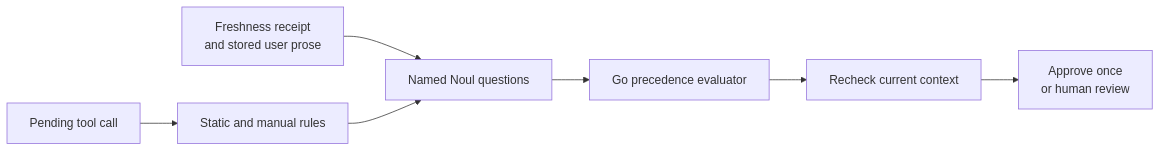
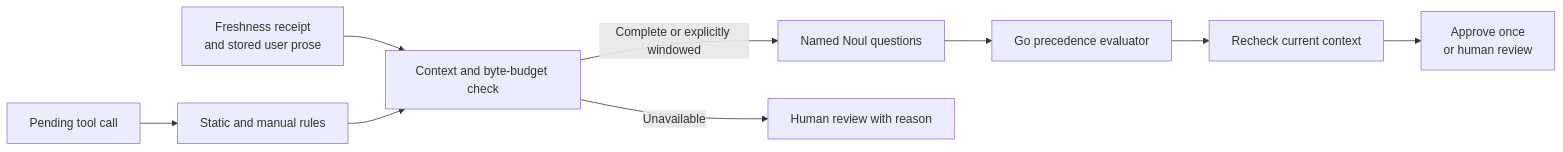
One commit to ocman/ocman changed the third of 19 diagrams in docs/other/architecture.md. Above: the diagram before and after it, drawn with Mermaid. The commit also changed other lines of this file and 19 other files, not shown here.

````diff
--- a/docs/other/architecture.md
+++ b/docs/other/architecture.md
@@ -339,9 +345,11 @@
   ```mermaid
   flowchart LR
       Call[Pending tool call] --> Rules[Static and manual rules]
-      History[Freshness receipt<br/>and stored user prose] --> Jev[Named Noul questions]
-      Rules --> Jev
+      History[Freshness receipt<br/>and stored user prose] --> Context[Context and byte-budget check]
+      Rules --> Context
+      Context -->|Complete or explicitly windowed| Jev[Named Noul questions]
+      Context -->|Unavailable| Human[Human review with reason]
       Jev --> Policy[Go precedence evaluator]
       Policy --> Check[Recheck current context]
       Check --> Decision[Approve once<br/>or human review]
   ```
````
